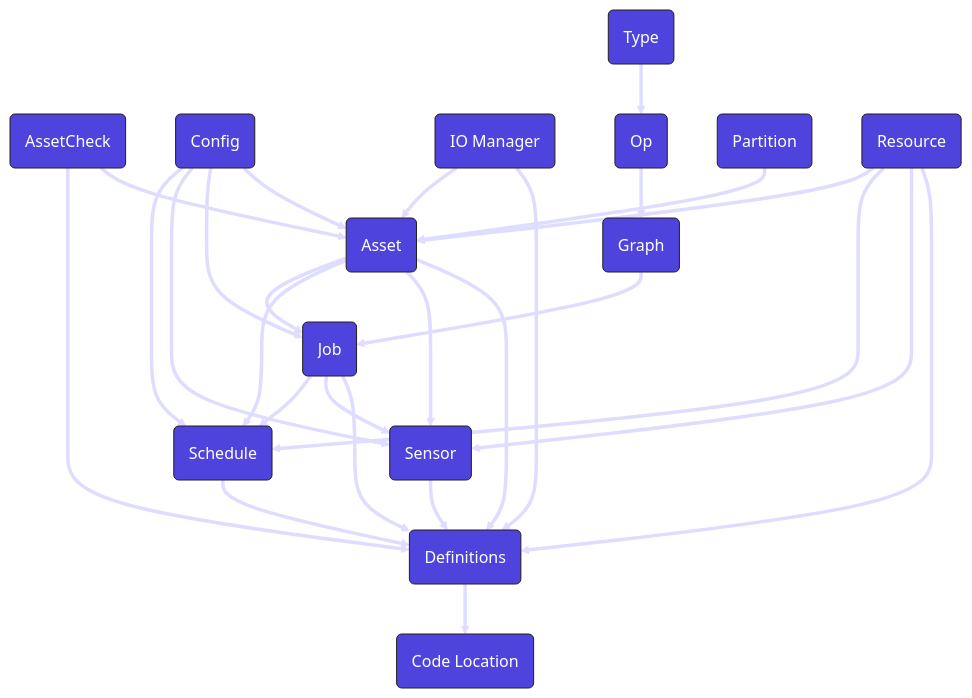
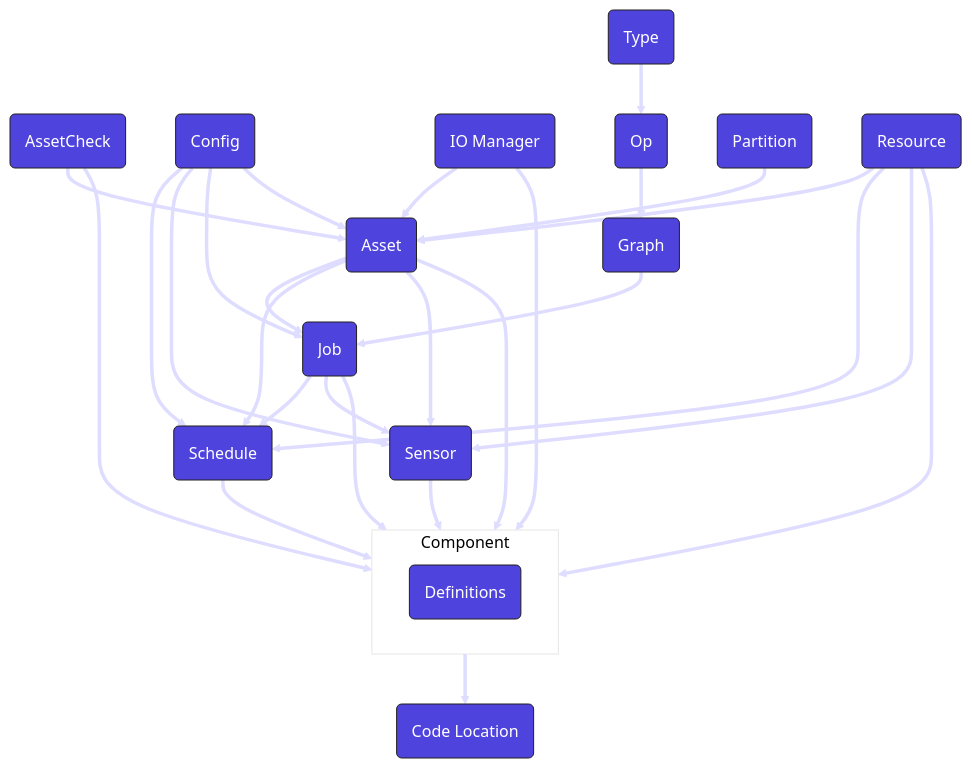
Before and after one commit to dagster-io/dagster: the first of 16 diagrams in docs/docs/getting-started/concepts.md, drawn with Mermaid. The commit also changed other lines of this file, not shown here.

````diff
--- a/docs/docs/getting-started/concepts.md
+++ b/docs/docs/getting-started/concepts.md
@@ -69,7 +69,7 @@
 
     Job ==> Schedule
     Job ==> Sensor
-    Job ==> Definitions
+    Job ==> Component
 
     Partition ==> Asset
     IoManager ==> Asset
@@ -78,7 +78,7 @@
     Resource ==> Schedule
     Resource ==> Sensor
 
-    AssetCheck ==> Definitions
+    AssetCheck ==> Component
     AssetCheck ==> Asset
 
     Config ==> Schedule
@@ -90,11 +90,15 @@
     Asset ==> Schedule
     Asset ==> Sensor
 
-    Asset ==> Definitions
-    Schedule ==> Definitions
-    Sensor ==> Definitions
-    IoManager ==> Definitions
-    Resource ==> Definitions
+    subgraph Component
+    Definitions
+    end
 
-    Definitions ==> CodeLocation
+    Asset ==> Component
+    Schedule ==> Component
+    Sensor ==> Component
+    IoManager ==> Component
+    Resource ==> Component
+
+    Component ==> CodeLocation
 ```
````
